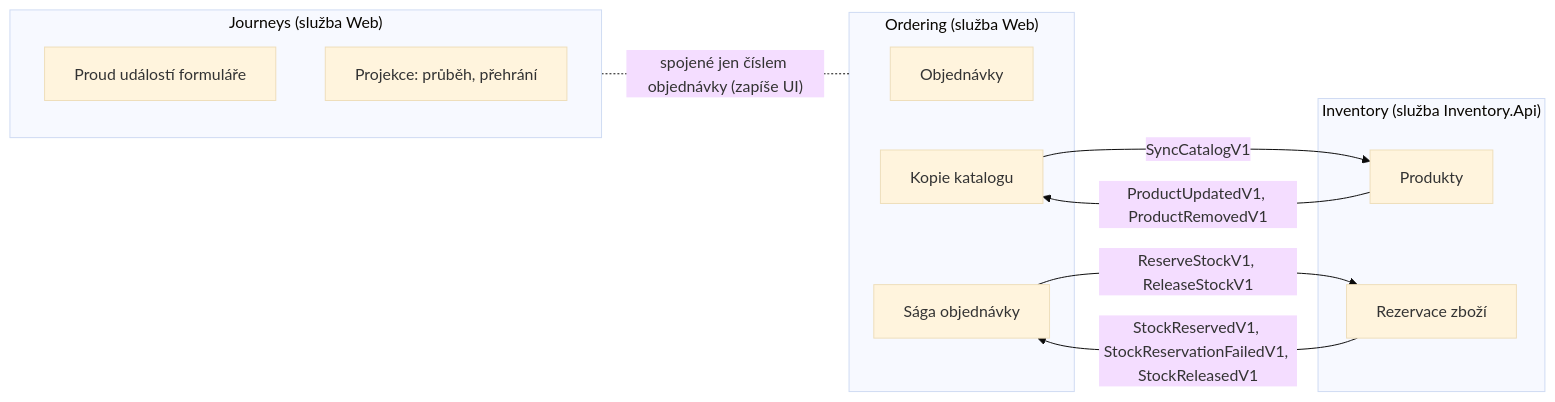
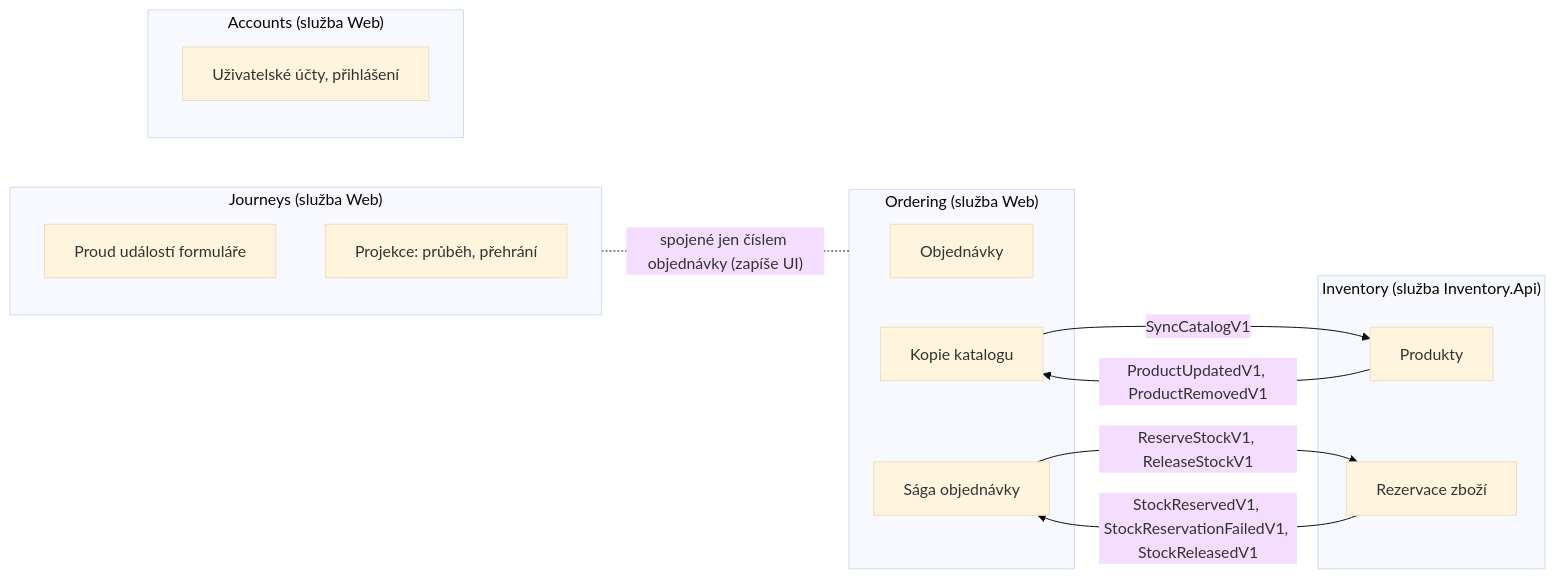
Before and after one commit to ftichy/MiniShop: the diagram in docs/prirucka/architektura/moduly/index.md, drawn with Mermaid (base theme). The commit also changed other lines of this file and 34 other files, not shown here.

First line of the commit message:
ACCOUNTS STEP1: účty, registrace, přihlášení

````diff
--- a/docs/prirucka/architektura/moduly/index.md
+++ b/docs/prirucka/architektura/moduly/index.md
@@ -12,30 +12,35 @@
 ```mermaid
 flowchart LR
     subgraph ord["Ordering (služba Web)"]
         o1[Objednávky]
         o2[Sága objednávky]
         o3[Kopie katalogu]
     end
     subgraph inv["Inventory (služba Inventory.Api)"]
         i1[Produkty]
         i2[Rezervace zboží]
     end
     subgraph jou["Journeys (služba Web)"]
         j1[Proud událostí formuláře]
         j2[Projekce: průběh, přehrání]
     end
 
     o2 -->|"ReserveStockV1, ReleaseStockV1"| i2
     i2 -->|"StockReservedV1, StockReservationFailedV1, StockReleasedV1"| o2
     i1 -->|"ProductUpdatedV1, ProductRemovedV1"| o3
     o3 -->|SyncCatalogV1| i1
+    subgraph acc["Accounts (služba Web)"]
+        a1[Uživatelské účty, přihlášení]
+    end
+
     jou -.-|"spojené jen číslem objednávky (zapíše UI)"| ord
 
     click o2 "/Docs/eda/saga"
     click o3 "/Docs/eda/kopie-katalogu"
     click j1 "/Docs/eda/proud-udalosti"
     click o1 "/Docs/architektura/moduly/ordering"
     click i1 "/Docs/architektura/moduly/inventory"
     click i2 "/Docs/architektura/moduly/inventory"
     click j2 "/Docs/architektura/moduly/journeys"
+    click a1 "/Docs/architektura/moduly/accounts"
 ```
````
